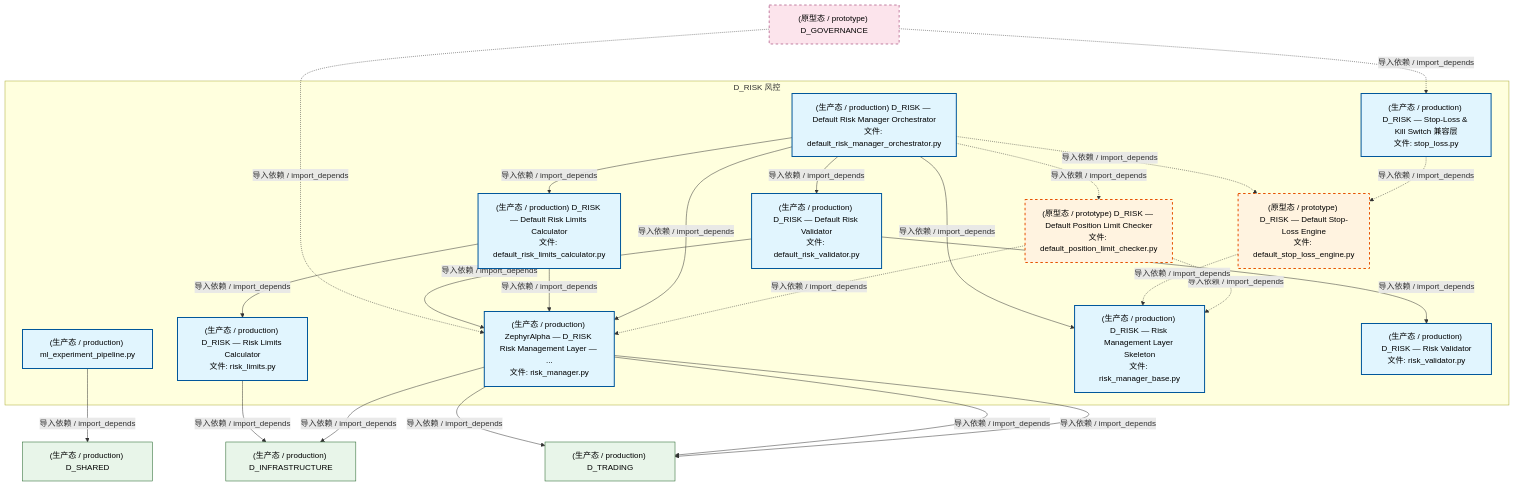
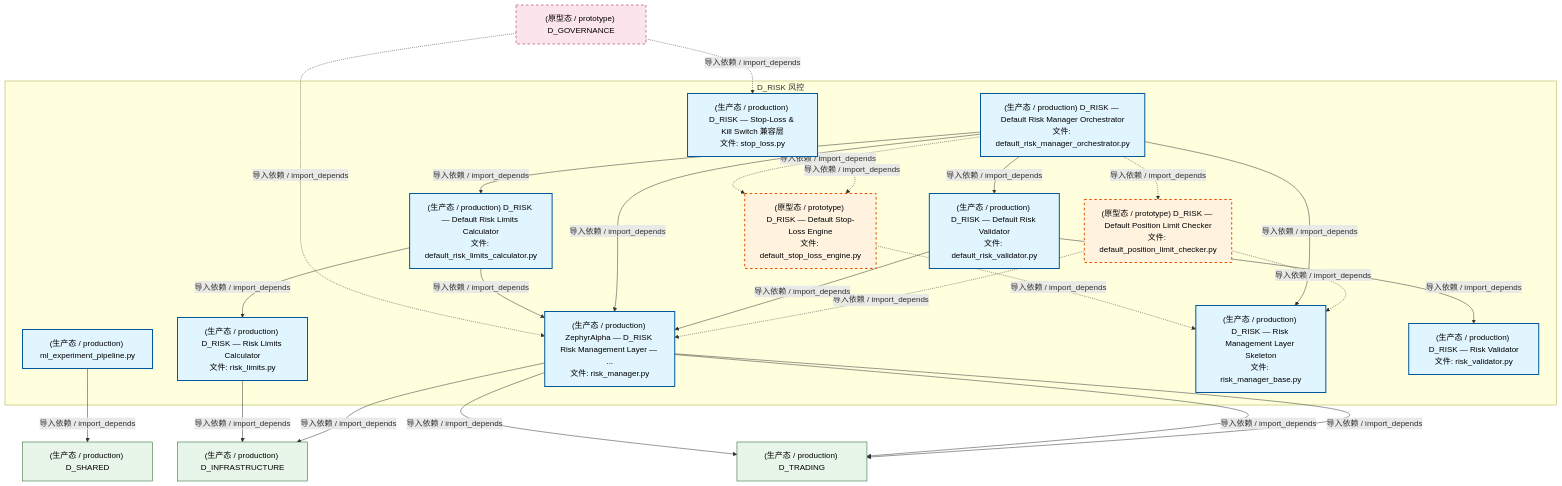
The first of 4 diagrams in docs/02_enterprise_architecture/02_domain_architecture_docs/54_d_risk.md (xuanFelixVan/ZephyrAlpha), drawn with Mermaid before and after one commit. The commit also changed other lines of this file and 101 other files, not shown here.

````diff
--- a/docs/02_enterprise_architecture/02_domain_architecture_docs/54_d_risk.md
+++ b/docs/02_enterprise_architecture/02_domain_architecture_docs/54_d_risk.md
@@ -78,50 +78,50 @@
 ```mermaid
 graph TD
     subgraph D_RISK["D_RISK 风控"]
         src_zephyr_risk_cross_asset_cross_market_data_adapter_ml_experiment_pipeline_py["(生产态 / production) ml_experiment_pipeline.py"]
         src_zephyr_risk_implementations_default_position_limit_checker_py["(原型态 / prototype) D_RISK — Default Position Limit Checker<br/>文件: default_position_limit_checker.py"]
         src_zephyr_risk_implementations_default_risk_limits_calculator_py["(生产态 / production) D_RISK — Default Risk Limits Calculator<br/>文件: default_risk_limits_calculator.py"]
         src_zephyr_risk_implementations_default_risk_manager_orchestrator_py["(生产态 / production) D_RISK — Default Risk Manager Orchestrator<br/>文件: default_risk_manager_orchestrator.py"]
         src_zephyr_risk_implementations_default_risk_validator_py["(生产态 / production) D_RISK — Default Risk Validator<br/>文件: default_risk_validator.py"]
         src_zephyr_risk_implementations_default_stop_loss_engine_py["(原型态 / prototype) D_RISK — Default Stop-Loss Engine<br/>文件: default_stop_loss_engine.py"]
         src_zephyr_risk_risk_limits_py["(生产态 / production) D_RISK — Risk Limits Calculator<br/>文件: risk_limits.py"]
         src_zephyr_risk_risk_manager_py["(生产态 / production) ZephyrAlpha — D_RISK Risk Management Layer — ...<br/>文件: risk_manager.py"]
         src_zephyr_risk_risk_manager_base_py["(生产态 / production) D_RISK — Risk Management Layer Skeleton<br/>文件: risk_manager_base.py"]
         src_zephyr_risk_risk_validator_py["(生产态 / production) D_RISK — Risk Validator<br/>文件: risk_validator.py"]
         src_zephyr_risk_stop_loss_py["(生产态 / production) D_RISK — Stop-Loss & Kill Switch 兼容层<br/>文件: stop_loss.py"]
     end
     src_zephyr_risk_stop_loss_py -.->|导入依赖 / import_depends| src_zephyr_risk_implementations_default_stop_loss_engine_py
     src_zephyr_risk_implementations_default_position_limit_checker_py -.->|导入依赖 / import_depends| src_zephyr_risk_risk_manager_py
     src_zephyr_risk_implementations_default_position_limit_checker_py -.->|导入依赖 / import_depends| src_zephyr_risk_risk_manager_base_py
-    src_zephyr_risk_implementations_default_stop_loss_engine_py -.->|导入依赖 / import_depends| src_zephyr_risk_risk_manager_base_py
+    src_zephyr_risk_implementations_default_risk_validator_py -->|导入依赖 / import_depends| src_zephyr_risk_risk_manager_py
+    src_zephyr_risk_implementations_default_risk_validator_py -->|导入依赖 / import_depends| src_zephyr_risk_risk_validator_py
     src_zephyr_risk_implementations_default_risk_manager_orchestrator_py -->|导入依赖 / import_depends| src_zephyr_risk_risk_manager_py
     src_zephyr_risk_implementations_default_risk_manager_orchestrator_py -->|导入依赖 / import_depends| src_zephyr_risk_risk_manager_base_py
     src_zephyr_risk_implementations_default_risk_manager_orchestrator_py -.->|导入依赖 / import_depends| src_zephyr_risk_implementations_default_position_limit_checker_py
+    src_zephyr_risk_implementations_default_risk_manager_orchestrator_py -->|导入依赖 / import_depends| src_zephyr_risk_implementations_default_risk_validator_py
     src_zephyr_risk_implementations_default_risk_manager_orchestrator_py -.->|导入依赖 / import_depends| src_zephyr_risk_implementations_default_stop_loss_engine_py
     src_zephyr_risk_implementations_default_risk_manager_orchestrator_py -->|导入依赖 / import_depends| src_zephyr_risk_implementations_default_risk_limits_calculator_py
-    src_zephyr_risk_implementations_default_risk_manager_orchestrator_py -->|导入依赖 / import_depends| src_zephyr_risk_implementations_default_risk_validator_py
+    src_zephyr_risk_implementations_default_stop_loss_engine_py -.->|导入依赖 / import_depends| src_zephyr_risk_risk_manager_base_py
     src_zephyr_risk_implementations_default_risk_limits_calculator_py -->|导入依赖 / import_depends| src_zephyr_risk_risk_manager_py
     src_zephyr_risk_implementations_default_risk_limits_calculator_py -->|导入依赖 / import_depends| src_zephyr_risk_risk_limits_py
-    src_zephyr_risk_implementations_default_risk_validator_py -->|导入依赖 / import_depends| src_zephyr_risk_risk_manager_py
-    src_zephyr_risk_implementations_default_risk_validator_py -->|导入依赖 / import_depends| src_zephyr_risk_risk_validator_py
     D_INFRASTRUCTURE["(生产态 / production) D_INFRASTRUCTURE"]
     src_zephyr_risk_risk_manager_py -->|导入依赖 / import_depends| D_INFRASTRUCTURE
     D_TRADING["(生产态 / production) D_TRADING"]
     src_zephyr_risk_risk_manager_py -->|导入依赖 / import_depends| D_TRADING
     src_zephyr_risk_risk_manager_py -->|导入依赖 / import_depends| D_TRADING
     src_zephyr_risk_risk_manager_py -->|导入依赖 / import_depends| D_TRADING
     src_zephyr_risk_risk_limits_py -->|导入依赖 / import_depends| D_INFRASTRUCTURE
     D_SHARED["(生产态 / production) D_SHARED"]
     src_zephyr_risk_cross_asset_cross_market_data_adapter_ml_experiment_pipeline_py -->|导入依赖 / import_depends| D_SHARED
     D_GOVERNANCE["(原型态 / prototype) D_GOVERNANCE"]
     D_GOVERNANCE -.->|导入依赖 / import_depends| src_zephyr_risk_stop_loss_py
     D_GOVERNANCE -.->|导入依赖 / import_depends| src_zephyr_risk_risk_manager_py
     classDef production fill:#e1f5fe,stroke:#01579b,stroke-width:2px,color:#000
     classDef design fill:#fff3e0,stroke:#e65100,stroke-width:2px,color:#000,stroke-dasharray: 5 5
     classDef external_prod fill:#e8f5e9,stroke:#1b5e20,stroke-width:1px,color:#000
     classDef external_design fill:#fce4ec,stroke:#880e4f,stroke-width:1px,color:#000,stroke-dasharray: 5 5
     class src_zephyr_risk_cross_asset_cross_market_data_adapter_ml_experiment_pipeline_py,src_zephyr_risk_implementations_default_risk_limits_calculator_py,src_zephyr_risk_implementations_default_risk_manager_orchestrator_py,src_zephyr_risk_implementations_default_risk_validator_py,src_zephyr_risk_risk_limits_py,src_zephyr_risk_risk_manager_py,src_zephyr_risk_risk_manager_base_py,src_zephyr_risk_risk_validator_py,src_zephyr_risk_stop_loss_py production
     class src_zephyr_risk_implementations_default_position_limit_checker_py,src_zephyr_risk_implementations_default_stop_loss_engine_py design
     class D_INFRASTRUCTURE,D_TRADING,D_SHARED external_prod
     class D_GOVERNANCE external_design
 ```
````
